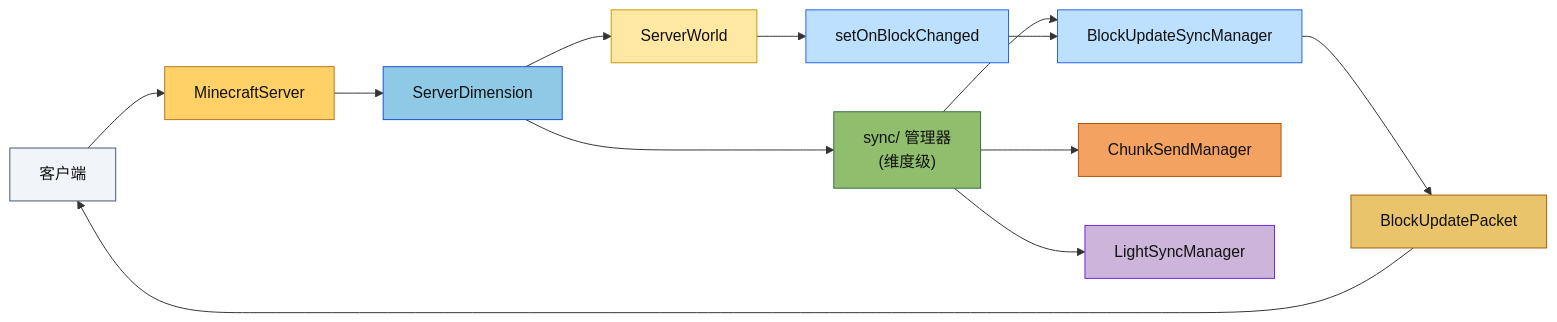
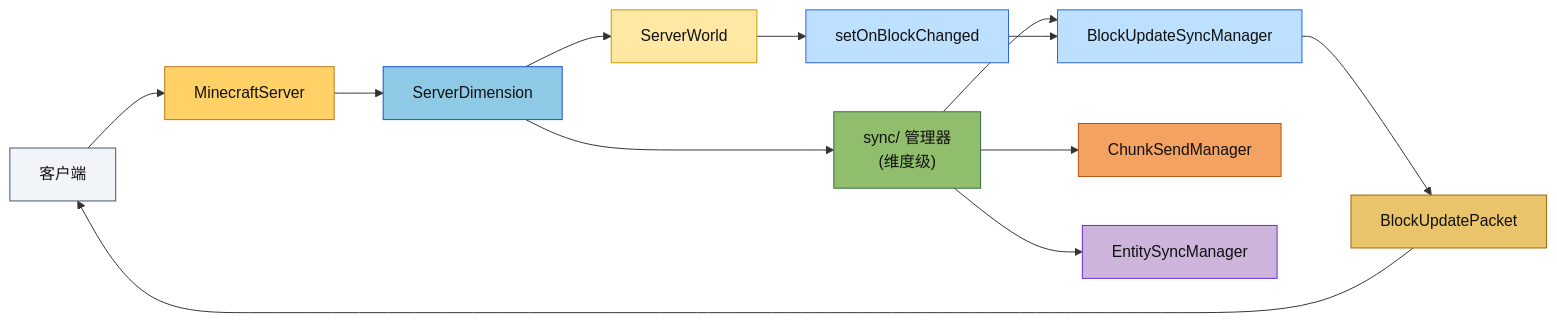
Before and after one commit to g122622/Cubium: the diagram in src/server/README.md, drawn with Mermaid. The commit also changed other lines of this file and 42 other files, not shown here.

````diff
--- a/src/server/README.md
+++ b/src/server/README.md
@@ -487,25 +493,25 @@
 ```mermaid
 flowchart LR
     client["客户端"] --> server["MinecraftServer"]
     server --> dim["ServerDimension"]
     dim --> sync["sync/ 管理器<br/>(维度级)"]
     sync --> block["BlockUpdateSyncManager"]
     sync --> chunk["ChunkSendManager"]
-    sync --> light["LightSyncManager"]
+    sync --> entity["EntitySyncManager"]
     dim --> world["ServerWorld"]
     world --> callback["setOnBlockChanged"]
     callback --> block
     block --> packet["BlockUpdatePacket"]
     packet --> client
 
     style client fill:#f1f5f9,stroke:#475569,color:#111
     style server fill:#ffd166,stroke:#b7791f,color:#111
     style dim fill:#8ecae6,stroke:#1d4ed8,color:#111
     style sync fill:#90be6d,stroke:#2f6f3e,color:#111
     style block fill:#bde0fe,stroke:#2563eb,color:#111
     style chunk fill:#f4a261,stroke:#b45309,color:#111
-    style light fill:#cdb4db,stroke:#6d28d9,color:#111
+    style entity fill:#cdb4db,stroke:#6d28d9,color:#111
     style world fill:#ffe8a3,stroke:#c99700,color:#111
     style callback fill:#bde0fe,stroke:#2563eb,color:#111
     style packet fill:#e9c46a,stroke:#a16207,color:#111
 ```
````
